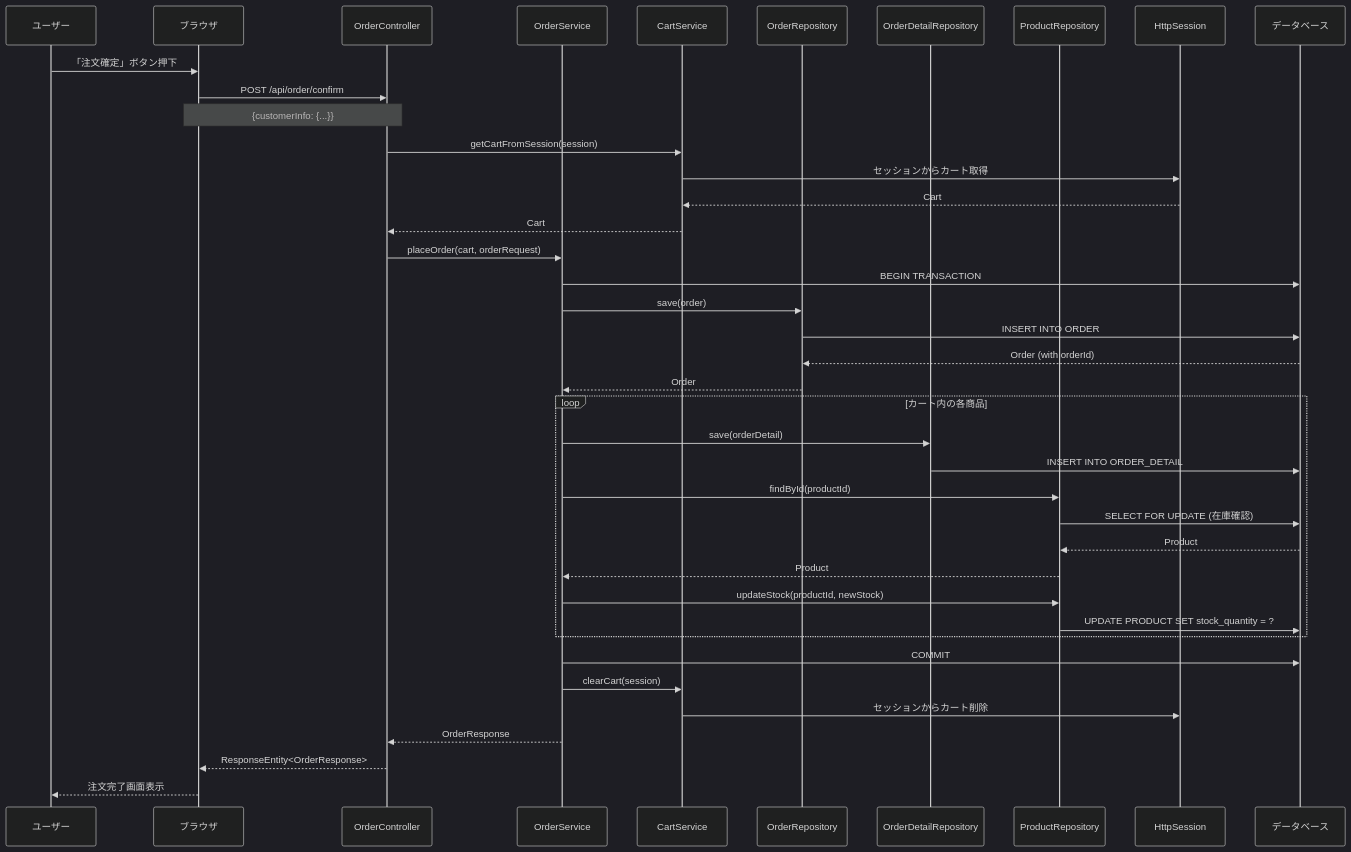
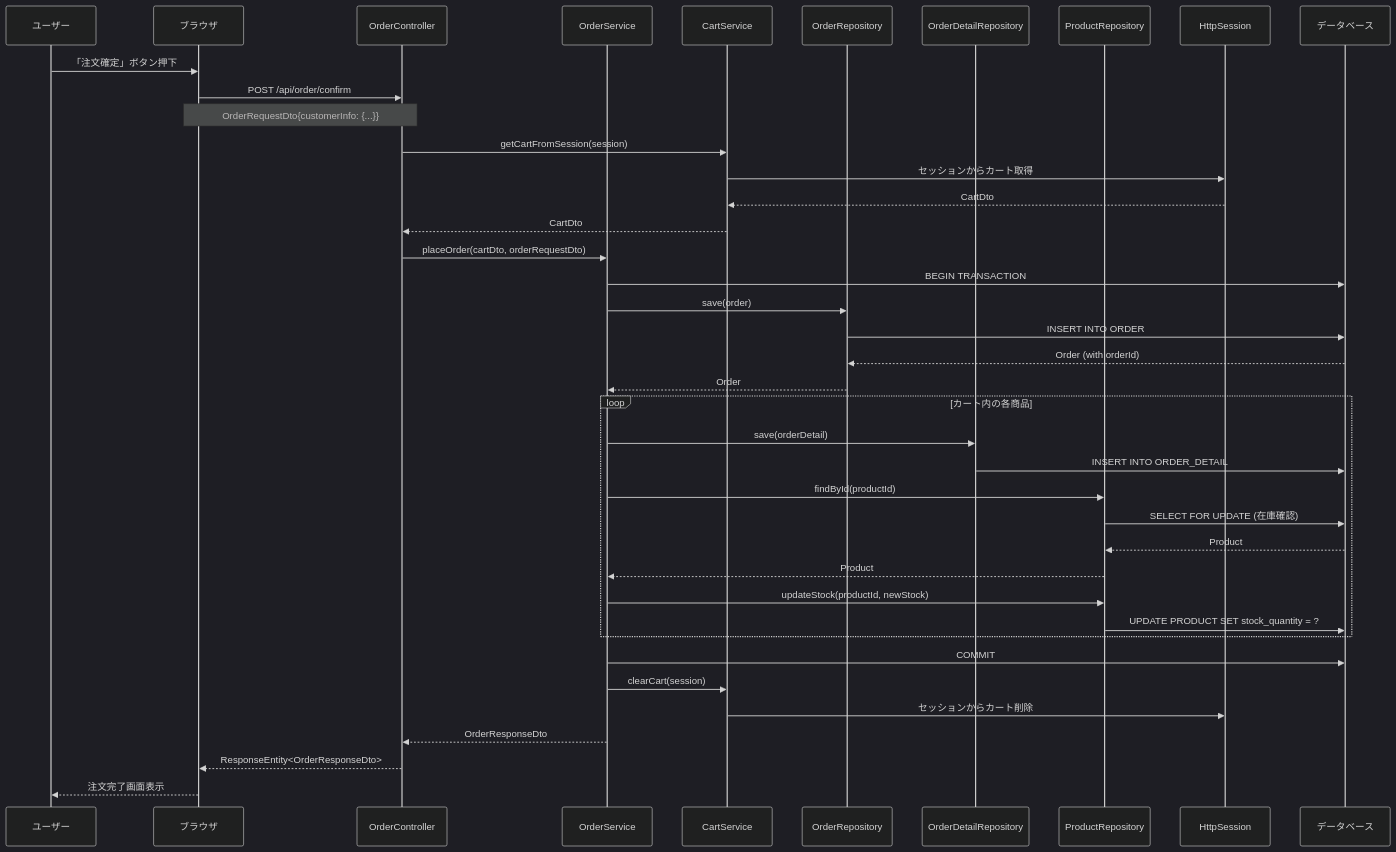
The eighth of 17 diagrams in 詳細設計/3_sequence.md (shogomaeda758/Bacon), drawn with Mermaid (dark theme) before and after one commit. The commit also changed other lines of this file and 2 other files, not shown here.

````diff
--- a/詳細設計/3_sequence.md
+++ b/詳細設計/3_sequence.md
@@ -300,46 +348,46 @@
 ```mermaid
 sequenceDiagram
     participant U as ユーザー
     participant B as ブラウザ
     participant OC as OrderController
     participant OS as OrderService
     participant CS as CartService
     participant OR as OrderRepository
     participant ODR as OrderDetailRepository
     participant PR as ProductRepository
     participant S as HttpSession
     participant DB as データベース
 
     U->>B: 「注文確定」ボタン押下
     B->>OC: POST /api/order/confirm
-    Note over B,OC: {customerInfo: {...}}
+    Note over B,OC: OrderRequestDto{customerInfo: {...}}
     OC->>CS: getCartFromSession(session)
     CS->>S: セッションからカート取得
-    S-->>CS: Cart
-    CS-->>OC: Cart
-    OC->>OS: placeOrder(cart, orderRequest)
+    S-->>CS: CartDto
+    CS-->>OC: CartDto
+    OC->>OS: placeOrder(cartDto, orderRequestDto)
     
     OS->>DB: BEGIN TRANSACTION
     OS->>OR: save(order)
     OR->>DB: INSERT INTO ORDER
     DB-->>OR: Order (with orderId)
     OR-->>OS: Order
     
     loop カート内の各商品
         OS->>ODR: save(orderDetail)
         ODR->>DB: INSERT INTO ORDER_DETAIL
         OS->>PR: findById(productId)
         PR->>DB: SELECT FOR UPDATE (在庫確認)
         DB-->>PR: Product
         PR-->>OS: Product
         OS->>PR: updateStock(productId, newStock)
         PR->>DB: UPDATE PRODUCT SET stock_quantity = ?
     end
     
     OS->>DB: COMMIT
     OS->>CS: clearCart(session)
     CS->>S: セッションからカート削除
-    OS-->>OC: OrderResponse
-    OC-->>B: ResponseEntity<OrderResponse>
+    OS-->>OC: OrderResponseDto
+    OC-->>B: ResponseEntity<OrderResponseDto>
     B-->>U: 注文完了画面表示
 ```
````
